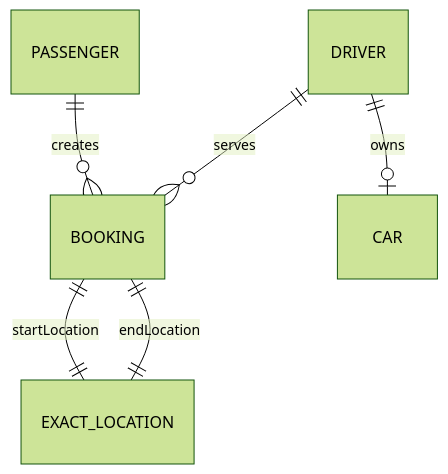
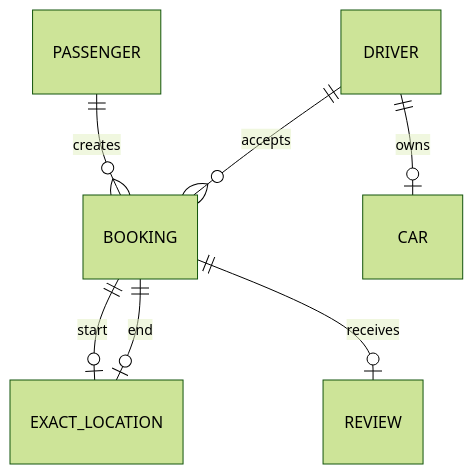
The diagram in README.md (Abhilash-Panja/Rideflow-EntityService), drawn with Mermaid (forest theme) before and after one commit. The commit also changed other lines of this file, not shown here.

````diff
--- a/README.md
+++ b/README.md
@@ -101,8 +111,9 @@
 ```mermaid
 erDiagram
     PASSENGER ||--o{ BOOKING : creates
-    DRIVER ||--o{ BOOKING : serves
-    BOOKING ||--|| EXACT_LOCATION : startLocation
-    BOOKING ||--|| EXACT_LOCATION : endLocation
+    DRIVER ||--o{ BOOKING : accepts
     DRIVER ||--o| CAR : owns
+    BOOKING ||--o| EXACT_LOCATION : start
+    BOOKING ||--o| EXACT_LOCATION : end
+    BOOKING ||--o| REVIEW : receives
 ```
````
